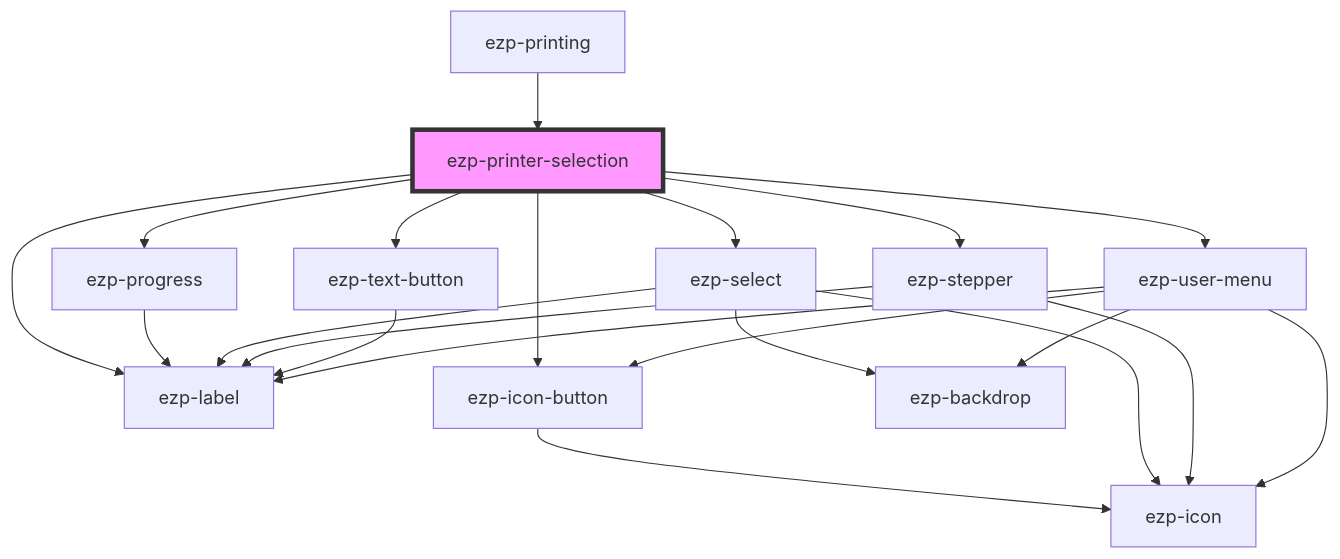
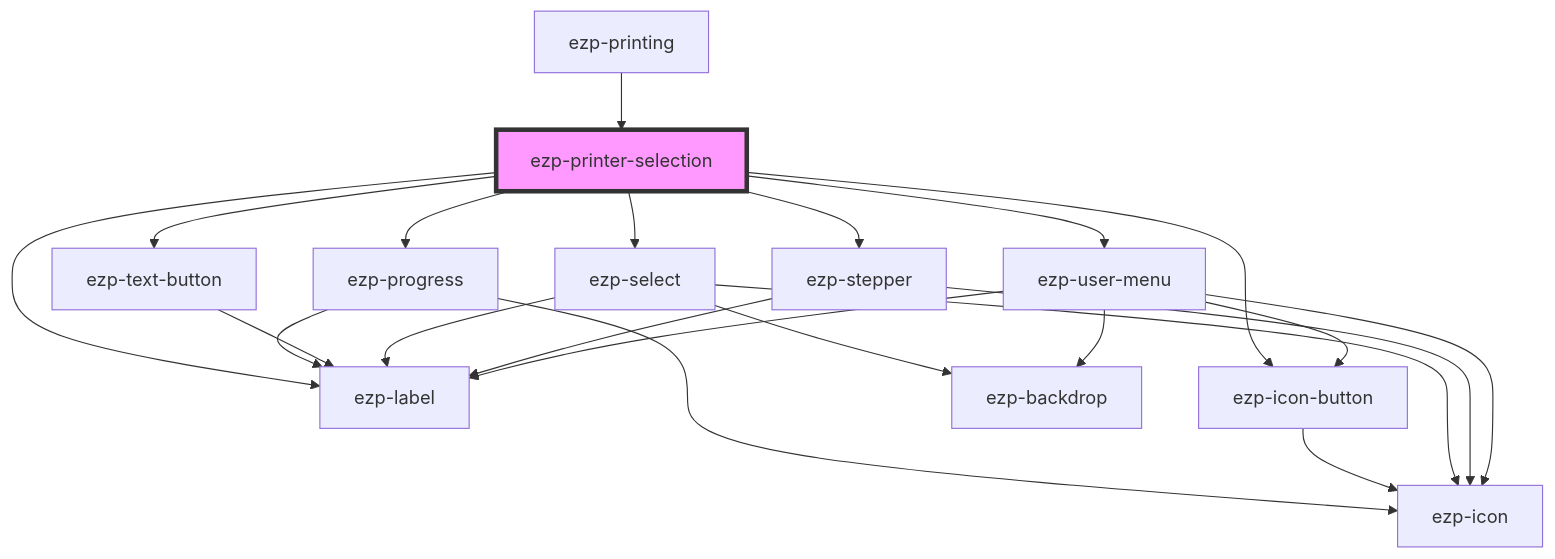
The diagram in src/components/ezp-printer-selection/readme.md (ezeep/ezeep-js), drawn with Mermaid before and after one commit. The commit also changed other lines of this file and 20 other files, not shown here.

````diff
--- a/src/components/ezp-printer-selection/readme.md
+++ b/src/components/ezp-printer-selection/readme.md
@@ -40,24 +41,25 @@
 ```mermaid
 graph TD;
   ezp-printer-selection --> ezp-progress
+  ezp-printer-selection --> ezp-text-button
   ezp-printer-selection --> ezp-label
   ezp-printer-selection --> ezp-icon-button
   ezp-printer-selection --> ezp-select
   ezp-printer-selection --> ezp-stepper
-  ezp-printer-selection --> ezp-text-button
   ezp-printer-selection --> ezp-user-menu
+  ezp-progress --> ezp-icon
   ezp-progress --> ezp-label
+  ezp-text-button --> ezp-label
   ezp-icon-button --> ezp-icon
   ezp-select --> ezp-backdrop
   ezp-select --> ezp-icon
   ezp-select --> ezp-label
   ezp-stepper --> ezp-icon
   ezp-stepper --> ezp-label
-  ezp-text-button --> ezp-label
   ezp-user-menu --> ezp-backdrop
   ezp-user-menu --> ezp-label
   ezp-user-menu --> ezp-icon-button
   ezp-user-menu --> ezp-icon
   ezp-printing --> ezp-printer-selection
   style ezp-printer-selection fill:#f9f,stroke:#333,stroke-width:4px
 ```
````
